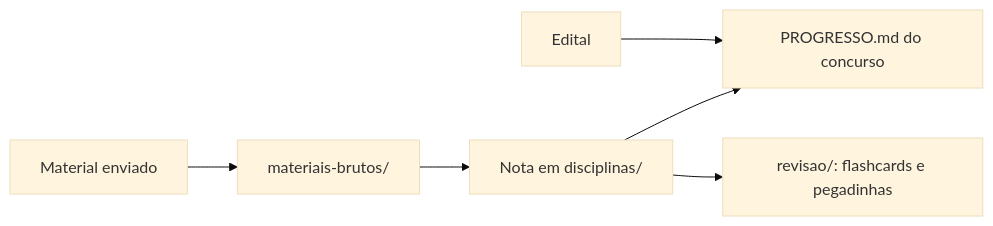
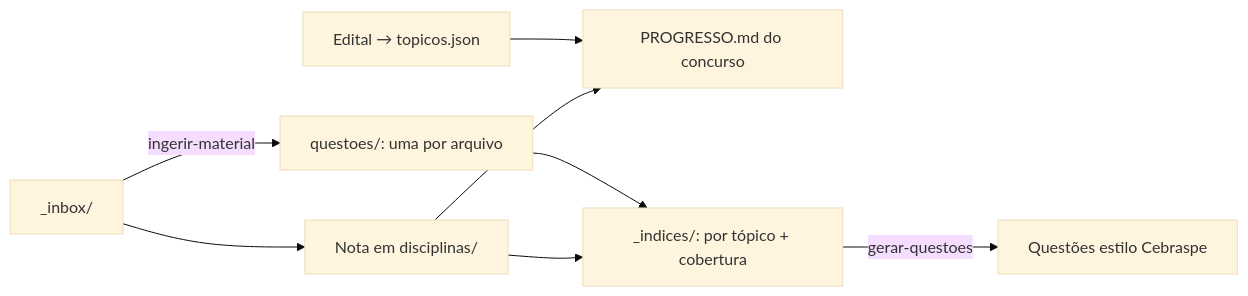
One commit to metrics-odr/concursos changed the diagram in README.md. Above: the diagram before and after it, drawn with Mermaid (base theme). The commit also changed other lines of this file and 131 other files, not shown here.

First line of the commit message:
Banco de questões, perfil Cebraspe e skills para gerar questões

````diff
--- a/README.md
+++ b/README.md
@@ -21,8 +21,10 @@
 ```mermaid
 flowchart LR
-    A[Material enviado] --> B[materiais-brutos/]
-    B --> C[Nota em disciplinas/]
-    D[Edital] --> E[PROGRESSO.md do concurso]
+    I[_inbox/] -->|ingerir-material| Q[questoes/: uma por arquivo]
+    I --> C[Nota em disciplinas/]
+    D[Edital → topicos.json] --> E[PROGRESSO.md do concurso]
     C --> E
-    C --> F[revisao/: flashcards e pegadinhas]
+    Q --> X[_indices/: por tópico + cobertura]
+    C --> X
+    X -->|gerar-questoes| S[Questões estilo Cebraspe]
 ```
````
